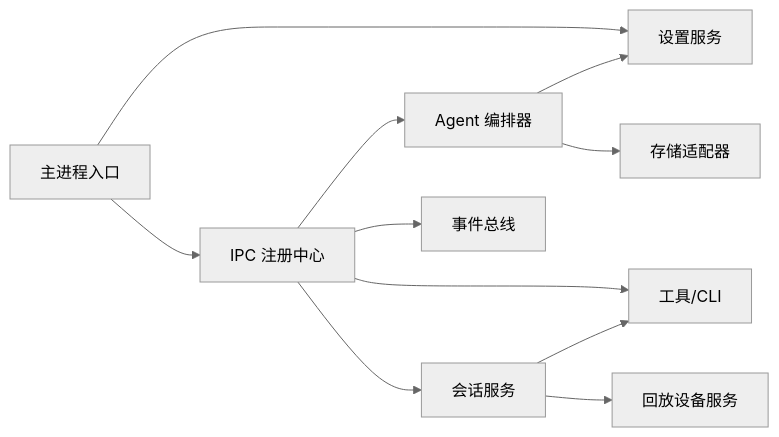
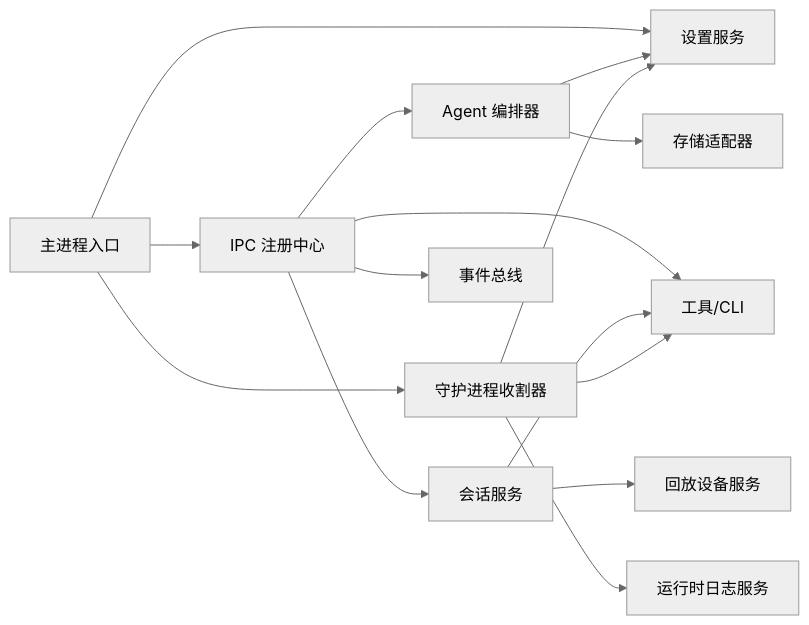
The tenth of 10 diagrams in .qoder/repowiki/zh/content/架构设计/主进程架构/主进程架构.md (haolange/RDC-Agent), drawn with Mermaid (neutral theme) before and after one commit. The commit also changed other lines of this file and 28 other files, not shown here.

````diff
--- a/.qoder/repowiki/zh/content/架构设计/主进程架构/主进程架构.md
+++ b/.qoder/repowiki/zh/content/架构设计/主进程架构/主进程架构.md
@@ -330,13 +395,17 @@
 ```mermaid
 graph LR
 Main["主进程入口"] --> Settings["设置服务"]
 Main --> IPC["IPC 注册中心"]
+Main --> Harvest["守护进程收割器"]
 IPC --> Agents["Agent 编排器"]
 IPC --> Sessions["会话服务"]
 IPC --> Tools["工具/CLI"]
 IPC --> Events["事件总线"]
 Agents --> Settings
 Agents --> Storage["存储适配器"]
 Sessions --> Tools
 Sessions --> Replay["回放设备服务"]
+Harvest --> Tools
+Harvest --> Settings
+Harvest --> Logs["运行时日志服务"]
 ```
````
